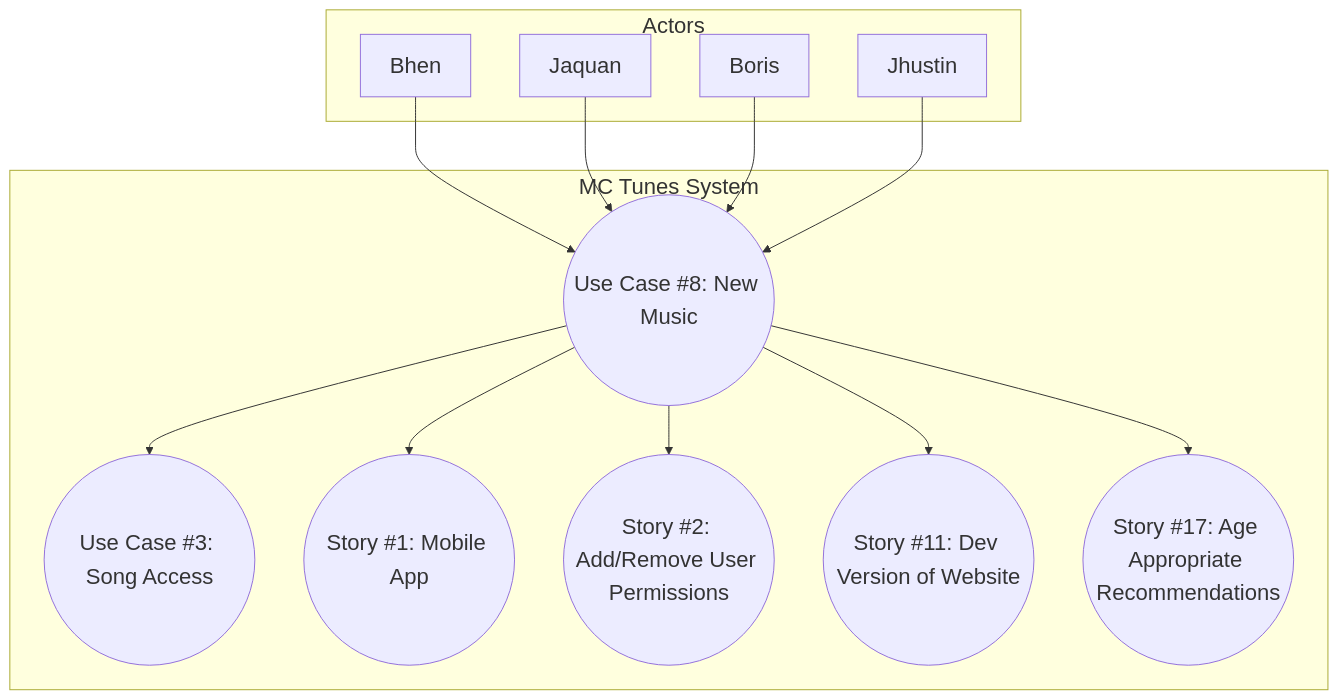
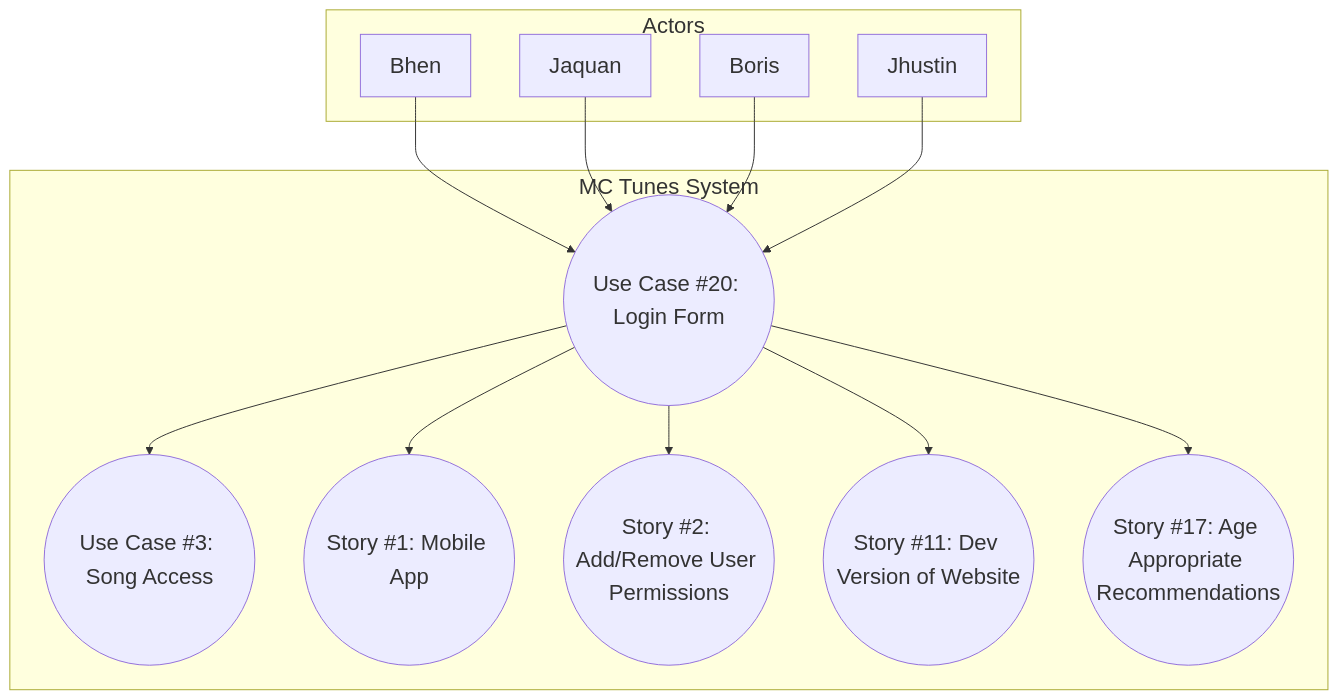
Before and after one commit to bdsriver/MCTunes_Diagrams: the diagram in MC_Tunes_Use_Case_20.mmd, drawn with Mermaid.

Commit message:
fixed use case label

```diff
--- a/MC_Tunes_Use_Case_20.mmd
+++ b/MC_Tunes_Use_Case_20.mmd
@@ -1,31 +1,31 @@
 ---
 config:
   layout: dagre
   themeVariables:
     fontSize: 22.5px
 ---
 flowchart TD
  subgraph Actors["Actors"]
         A1["Bhen"]
         A2["Jaquan"]
         A3["Boris"]
         A4["Jhustin"]
   end
  subgraph System["MC Tunes System"]
-        UC20(("Use Case #8: New Music"))
+        UC20(("Use Case #20: Login Form"))
         UC3(("Use Case #3: Song Access"))
         US1(("Story #1: Mobile App"))
         US2(("Story #2: Add/Remove User Permissions"))
         US11(("Story #11: Dev Version of Website"))
         US17(("Story #17: Age Appropriate Recommendations"))
    
   end
     A1 --> UC20
     A2 --> UC20
     A3 --> UC20
     A4 --> UC20
     UC20 --> UC3
     UC20 --> US1
     UC20 --> US2
     UC20 --> US11
     UC20 --> US17
```
